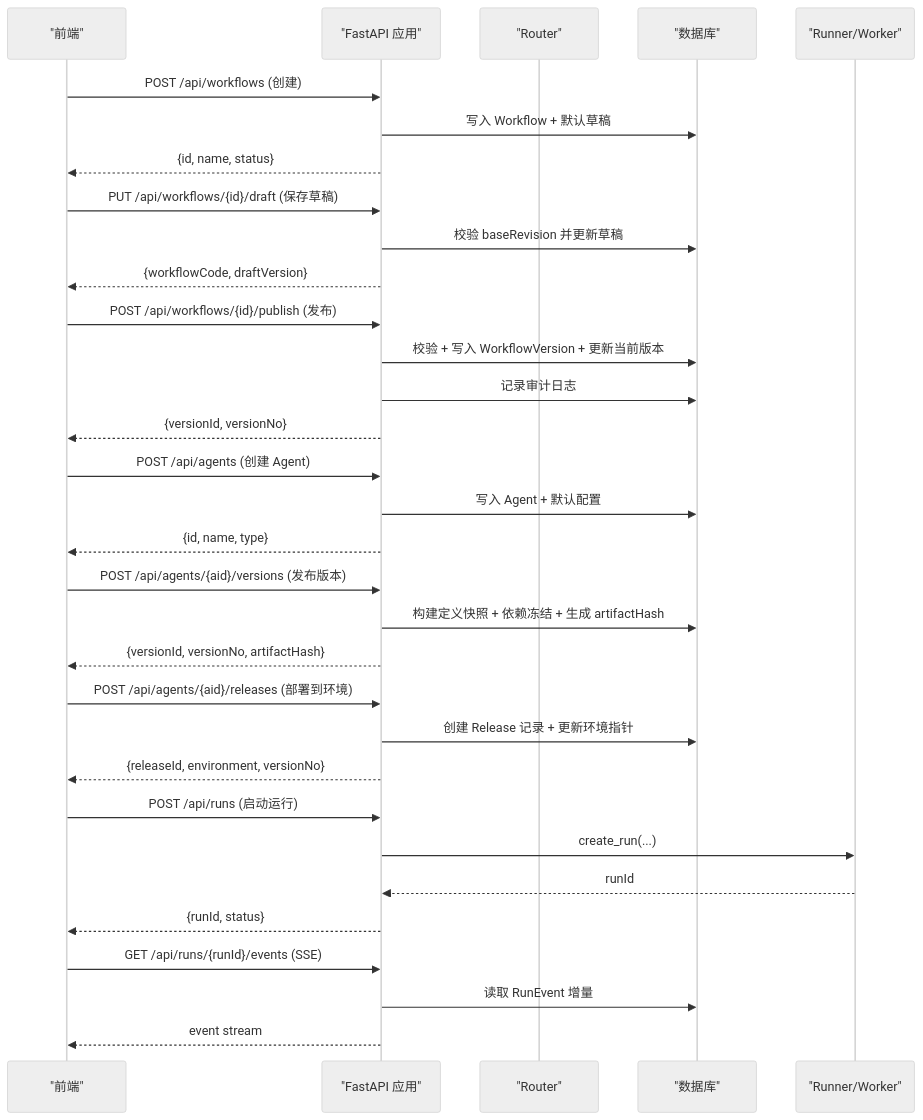
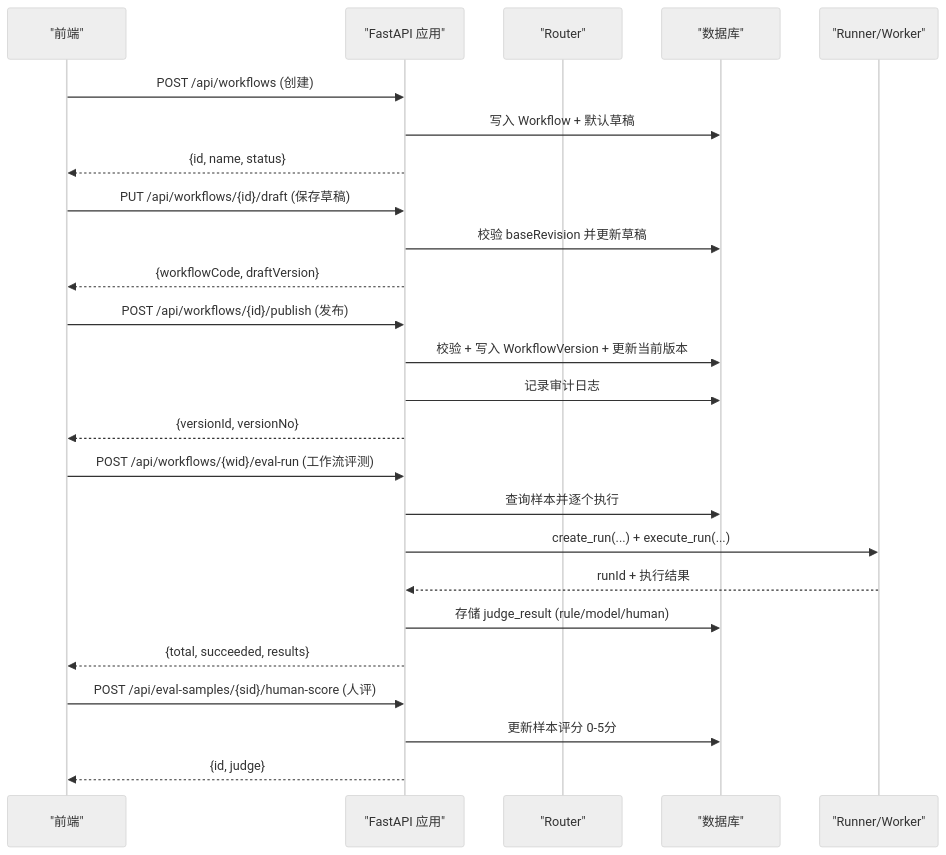
The first of 3 diagrams in .qoder/repowiki/zh/content/后端架构与 API.md (huiliuxu780/MoreThanCorn), drawn with Mermaid (neutral theme) before and after one commit. The commit also changed other lines of this file and 122 other files, not shown here.

Commit message:
feat(observability): Run 详情页 LangSmith 化（/trace span 树端点 + Trace/Events/业务结果/Snapshot 四 Tab + 真时间轴瀑布 + span 钻取 I/O + tokens/LLM 调用卡）

````diff
--- a/.qoder/repowiki/zh/content/后端架构与 API.md
+++ b/.qoder/repowiki/zh/content/后端架构与 API.md
@@ -58,34 +52,27 @@
 ```mermaid
 sequenceDiagram
 participant FE as "前端"
 participant API as "FastAPI 应用"
 participant R as "Router"
 participant DB as "数据库"
 participant W as "Runner/Worker"
 FE->>API : POST /api/workflows (创建)
 API->>DB : 写入 Workflow + 默认草稿
 API-->>FE : {id, name, status}
 FE->>API : PUT /api/workflows/{id}/draft (保存草稿)
 API->>DB : 校验 baseRevision 并更新草稿
 API-->>FE : {workflowCode, draftVersion}
 FE->>API : POST /api/workflows/{id}/publish (发布)
 API->>DB : 校验 + 写入 WorkflowVersion + 更新当前版本
 API->>DB : 记录审计日志
 API-->>FE : {versionId, versionNo}
-FE->>API : POST /api/agents (创建 Agent)
-API->>DB : 写入 Agent + 默认配置
-API-->>FE : {id, name, type}
-FE->>API : POST /api/agents/{aid}/versions (发布版本)
-API->>DB : 构建定义快照 + 依赖冻结 + 生成 artifactHash
-API-->>FE : {versionId, versionNo, artifactHash}
-FE->>API : POST /api/agents/{aid}/releases (部署到环境)
-API->>DB : 创建 Release 记录 + 更新环境指针
-API-->>FE : {releaseId, environment, versionNo}
-FE->>API : POST /api/runs (启动运行)
-API->>W : create_run(...)
-W-->>API : runId
-API-->>FE : {runId, status}
-FE->>API : GET /api/runs/{runId}/events (SSE)
-API->>DB : 读取 RunEvent 增量
-API-->>FE : event stream
+FE->>API : POST /api/workflows/{wid}/eval-run (工作流评测)
+API->>DB : 查询样本并逐个执行
+API->>W : create_run(...) + execute_run(...)
+W-->>API : runId + 执行结果
+API->>DB : 存储 judge_result (rule/model/human)
+API-->>FE : {total, succeeded, results}
+FE->>API : POST /api/eval-samples/{sid}/human-score (人评)
+API->>DB : 更新样本评分 0-5分
+API-->>FE : {id, judge}
 ```
````
